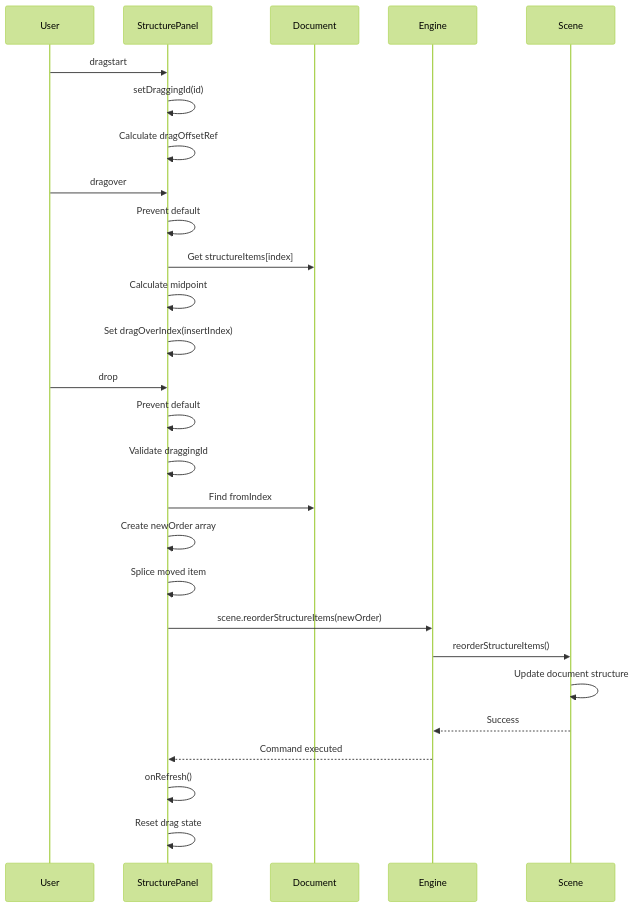
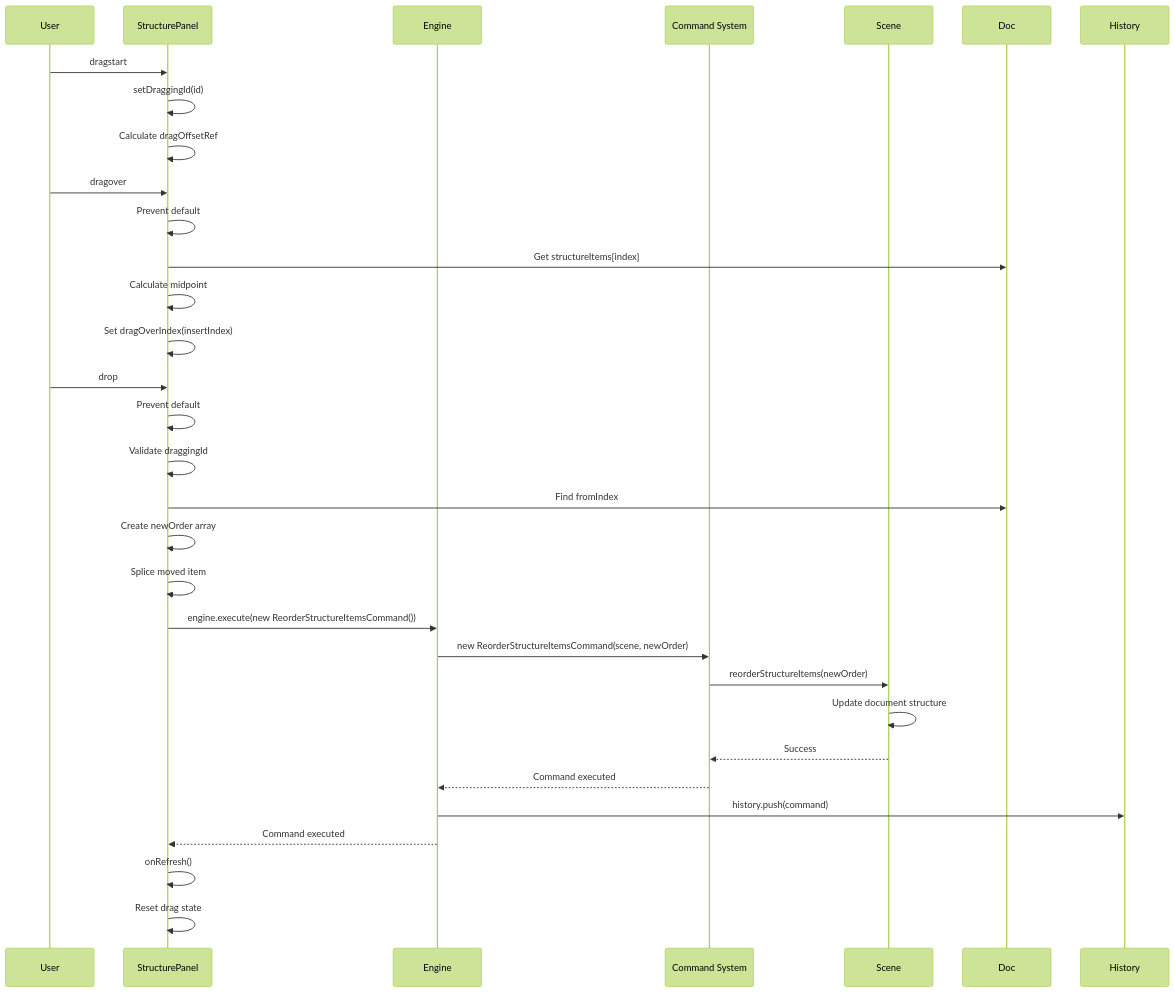
The fifth of 7 diagrams in .qoder/repowiki/en/content/User Interface Components/Structure Panel Component.md (Anna0314zy/ai_editor_enginer), drawn with Mermaid (forest theme) before and after one commit. The commit also changed other lines of this file and 44 other files, not shown here.

````diff
--- a/.qoder/repowiki/en/content/User Interface Components/Structure Panel Component.md
+++ b/.qoder/repowiki/en/content/User Interface Components/Structure Panel Component.md
@@ -232,29 +284,32 @@
 ```mermaid
 sequenceDiagram
 participant User as User
 participant SP as StructurePanel
-participant Doc as Document
 participant Engine as Engine
+participant Commands as Command System
 participant Scene as Scene
 User->>SP : dragstart
 SP->>SP : setDraggingId(id)
 SP->>SP : Calculate dragOffsetRef
 User->>SP : dragover
 SP->>SP : Prevent default
 SP->>Doc : Get structureItems[index]
 SP->>SP : Calculate midpoint
 SP->>SP : Set dragOverIndex(insertIndex)
 User->>SP : drop
 SP->>SP : Prevent default
 SP->>SP : Validate draggingId
 SP->>Doc : Find fromIndex
 SP->>SP : Create newOrder array
 SP->>SP : Splice moved item
-SP->>Engine : scene.reorderStructureItems(newOrder)
-Engine->>Scene : reorderStructureItems()
+SP->>Engine : engine.execute(new ReorderStructureItemsCommand())
+Engine->>Commands : new ReorderStructureItemsCommand(scene, newOrder)
+Commands->>Scene : reorderStructureItems(newOrder)
 Scene->>Scene : Update document structure
-Scene-->>Engine : Success
+Scene-->>Commands : Success
+Commands-->>Engine : Command executed
+Engine->>History : history.push(command)
 Engine-->>SP : Command executed
 SP->>SP : onRefresh()
 SP->>SP : Reset drag state
 ```
````
